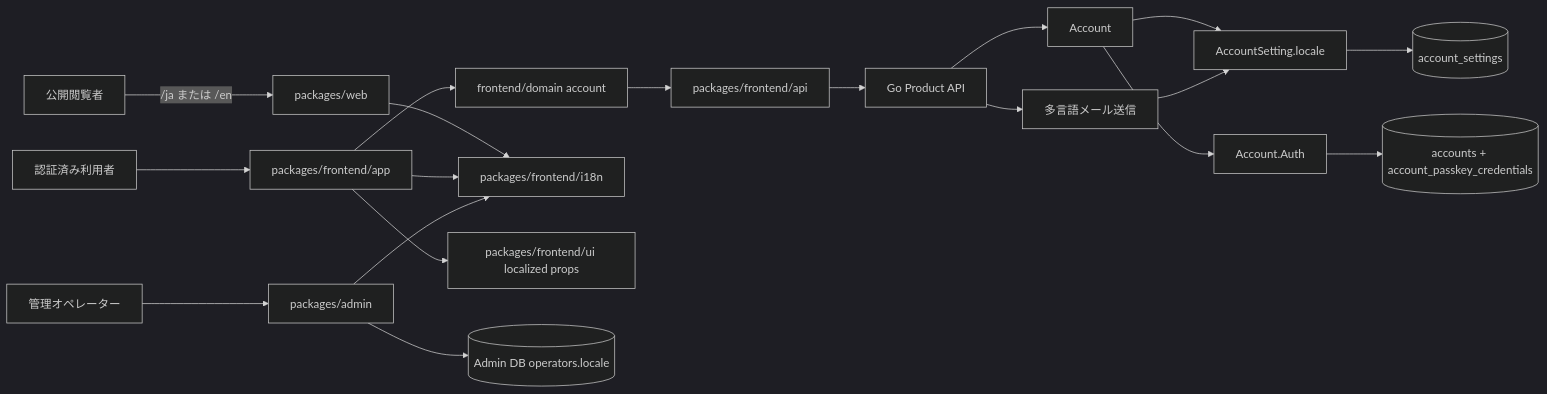
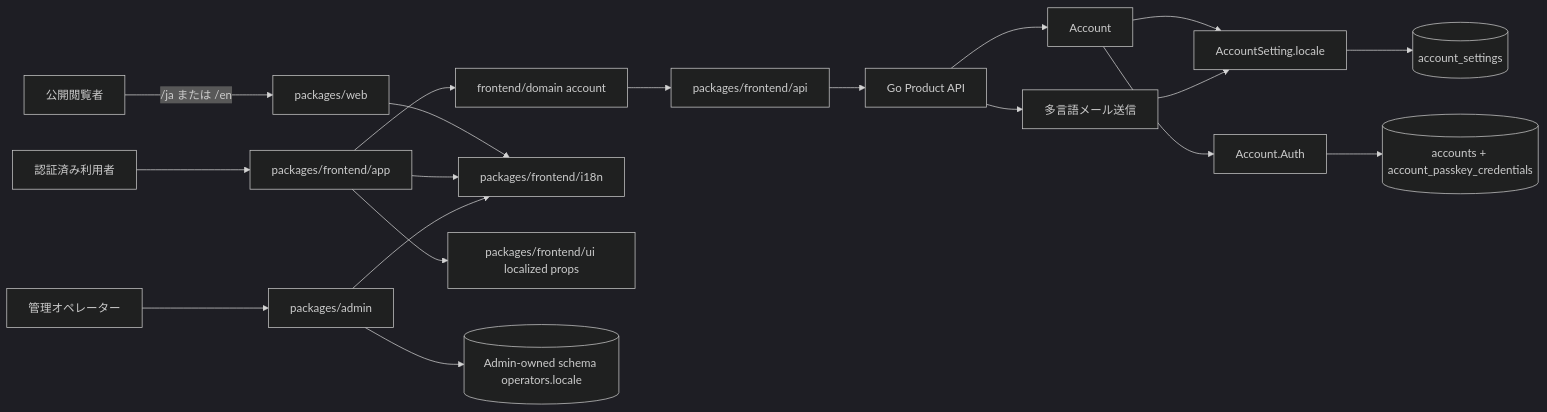
Before and after one commit to witwire-net/www-template: the first of 6 diagrams in openspec/changes/archive/2026-05-20-add-default-i18n/design.md, drawn with Mermaid (dark theme). The commit also changed other lines of this file and 358 other files, not shown here.

````diff
--- a/openspec/changes/archive/2026-05-20-add-default-i18n/design.md
+++ b/openspec/changes/archive/2026-05-20-add-default-i18n/design.md
@@ -283,22 +283,22 @@
 ```mermaid
 flowchart LR
   Visitor[公開閲覧者] -->|/ja または /en| Web[packages/web]
   User[認証済み利用者] --> App[packages/frontend/app]
   App --> Domain[frontend/domain account]
   Domain --> ApiClient[packages/frontend/api]
   ApiClient --> ProductAPI[Go Product API]
   ProductAPI --> Account[Account]
   Account --> AccountSetting[AccountSetting.locale]
   Account --> AccountAuth[Account.Auth]
   AccountSetting --> ProductDB[(account_settings)]
   AccountAuth --> AuthDB[(accounts + account_passkey_credentials)]
   ProductAPI --> Mailer[多言語メール送信]
   Mailer --> AccountSetting
   I18n[packages/frontend/i18n]
   Web --> I18n
   App --> I18n
   Admin[packages/admin] --> I18n
   App --> UI[packages/frontend/ui localized props]
   Operator[管理オペレーター] --> Admin
-  Admin --> AdminDB[(Admin DB operators.locale)]
+  Admin --> AdminDB[(Admin-owned schema operators.locale)]
 ```
````
